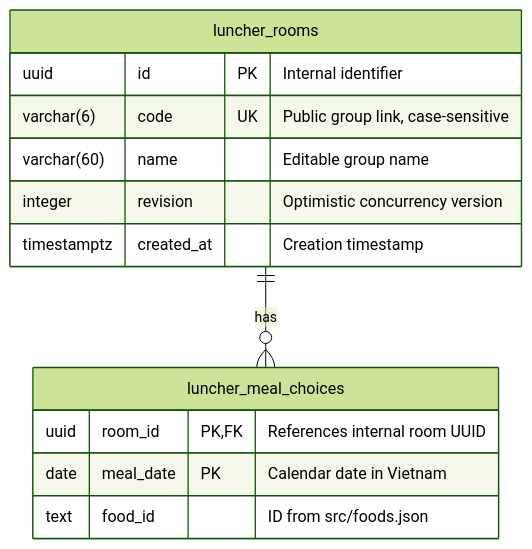
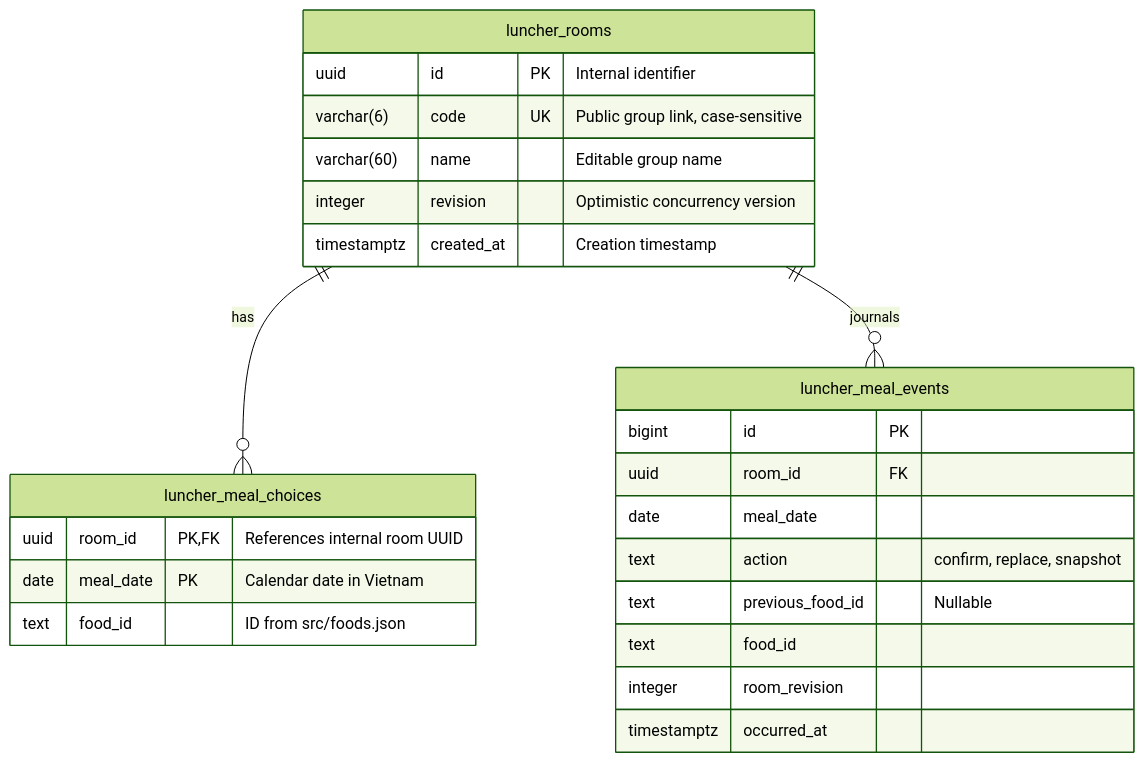
One commit to nqnhut92/luncher changed the diagram in docs/database-design.md. Above: the diagram before and after it, drawn with Mermaid (forest theme). The commit also changed other lines of this file and 13 other files, not shown here.

````diff
--- a/docs/database-design.md
+++ b/docs/database-design.md
@@ -7,16 +7,27 @@
 ```mermaid
 erDiagram
     luncher_rooms ||--o{ luncher_meal_choices : has
+    luncher_rooms ||--o{ luncher_meal_events : journals
     luncher_rooms {
         uuid id PK "Internal identifier"
         varchar(6) code UK "Public group link, case-sensitive"
         varchar(60) name "Editable group name"
         integer revision "Optimistic concurrency version"
         timestamptz created_at "Creation timestamp"
     }
+    luncher_meal_events {
+        bigint id PK
+        uuid room_id FK
+        date meal_date
+        text action "confirm, replace, snapshot"
+        text previous_food_id "Nullable"
+        text food_id
+        integer room_revision
+        timestamptz occurred_at
+    }
     luncher_meal_choices {
         uuid room_id PK,FK "References internal room UUID"
         date meal_date PK "Calendar date in Vietnam"
         text food_id "ID from src/foods.json"
     }
 ```
````
